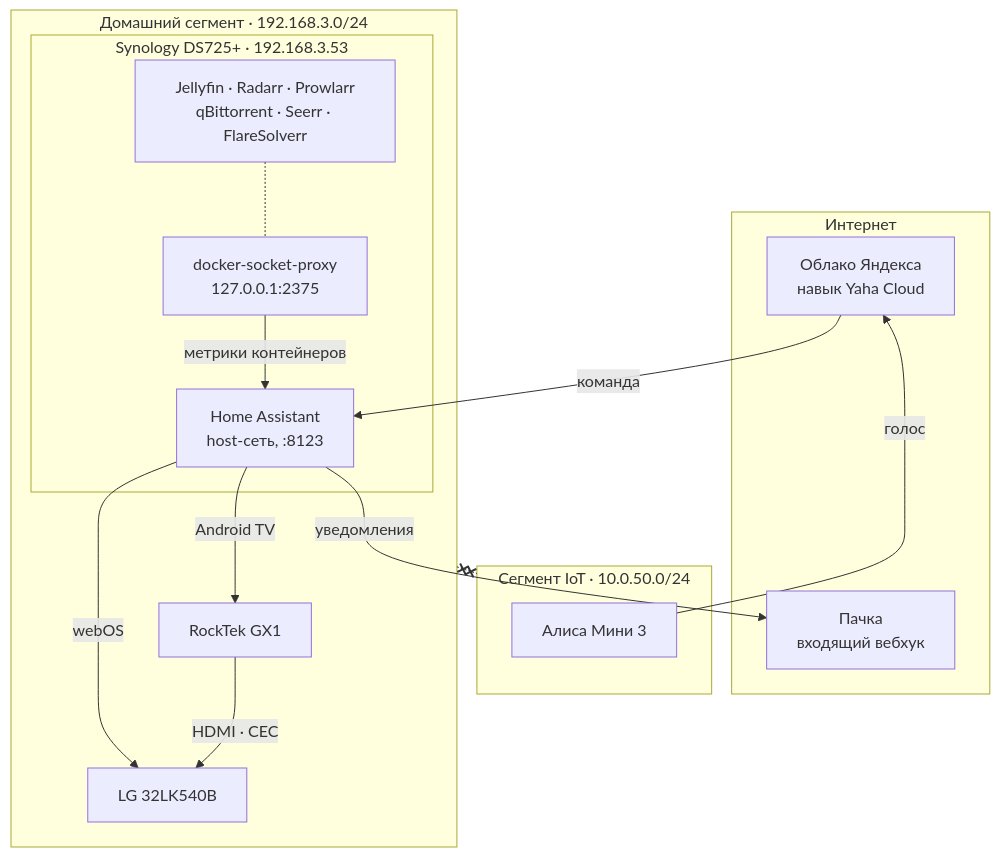
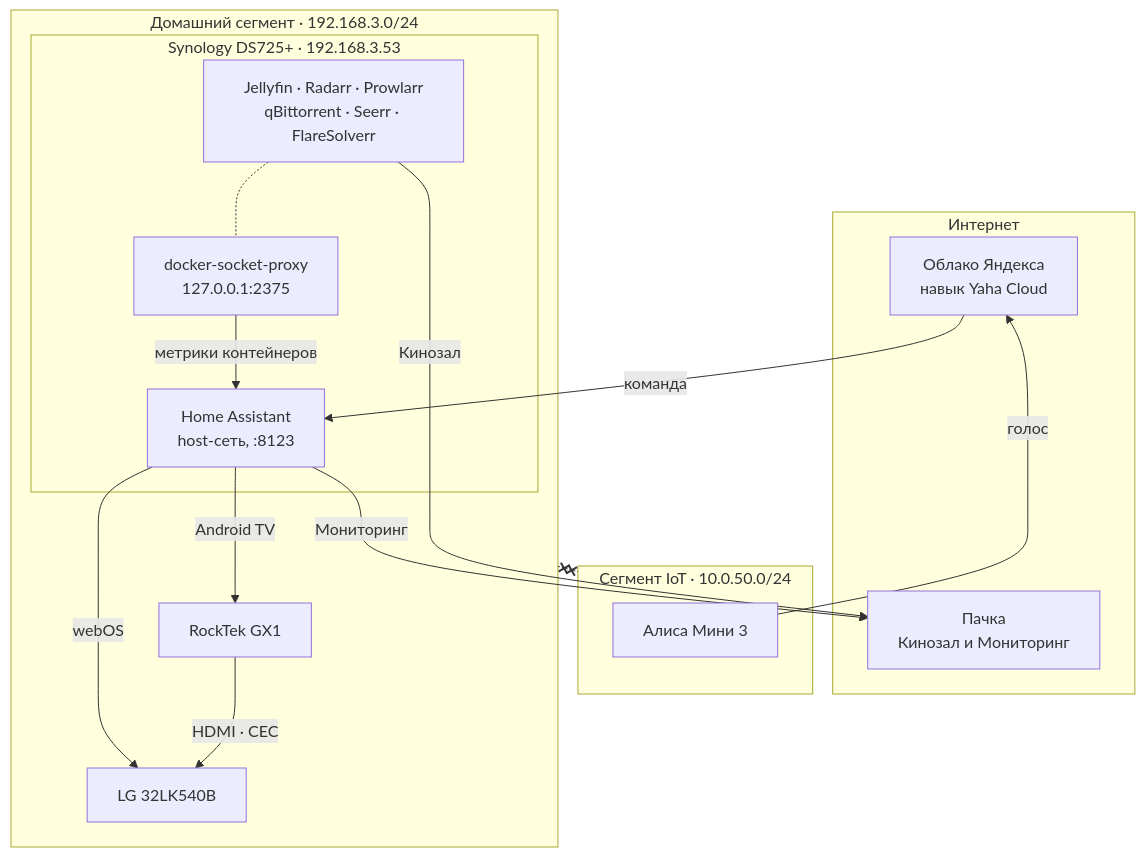
The diagram in README.md (hhypest/hh-homelab), drawn with Mermaid before and after one commit. The commit also changed other lines of this file and 17 other files, not shown here.

````diff
--- a/README.md
+++ b/README.md
@@ -38,32 +62,33 @@
 ```mermaid
 flowchart TB
     subgraph cloud [Интернет]
         YA[Облако Яндекса<br/>навык Yaha Cloud]
-        PA[Пачка<br/>входящий вебхук]
+        PA[Пачка<br/>Кинозал и Мониторинг]
     end
 
     subgraph iot [Сегмент IoT · 10.0.50.0/24]
         AL[Алиса Мини 3]
     end
 
     subgraph home [Домашний сегмент · 192.168.3.0/24]
         subgraph nas [Synology DS725+ · 192.168.3.53]
             HA[Home Assistant<br/>host-сеть, :8123]
             DP[docker-socket-proxy<br/>127.0.0.1:2375]
             ST[Jellyfin · Radarr · Prowlarr<br/>qBittorrent · Seerr · FlareSolverr]
         end
         TV[LG 32LK540B]
         GX[RockTek GX1]
     end
 
     AL -- голос --> YA
     YA -- команда --> HA
-    HA -- уведомления --> PA
+    HA -- Мониторинг --> PA
+    ST -- Кинозал --> PA
     HA -- webOS --> TV
     HA -- Android TV --> GX
     GX -- HDMI · CEC --> TV
     DP -- метрики контейнеров --> HA
     ST -.- DP
 
     home x-.-x iot
 ```
````
